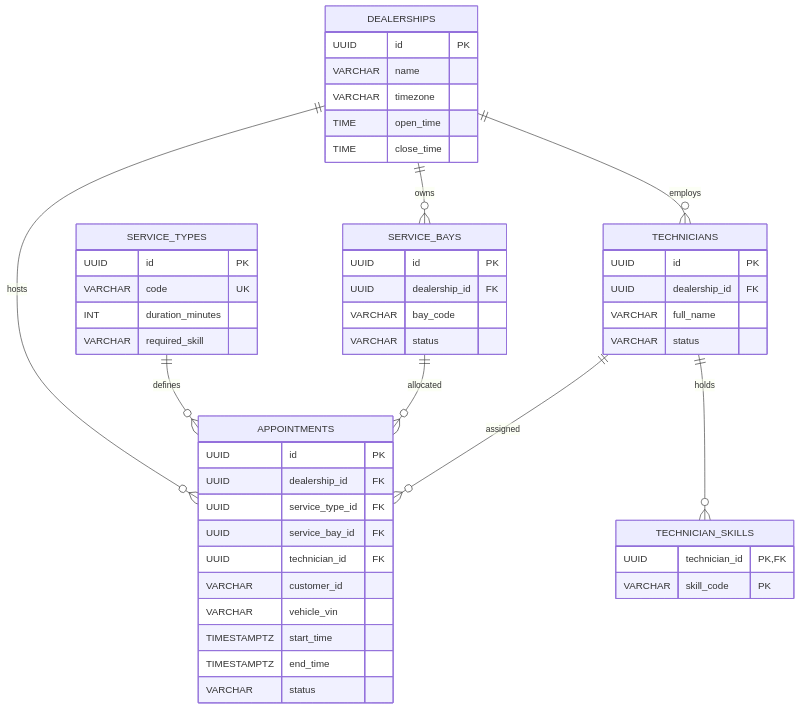
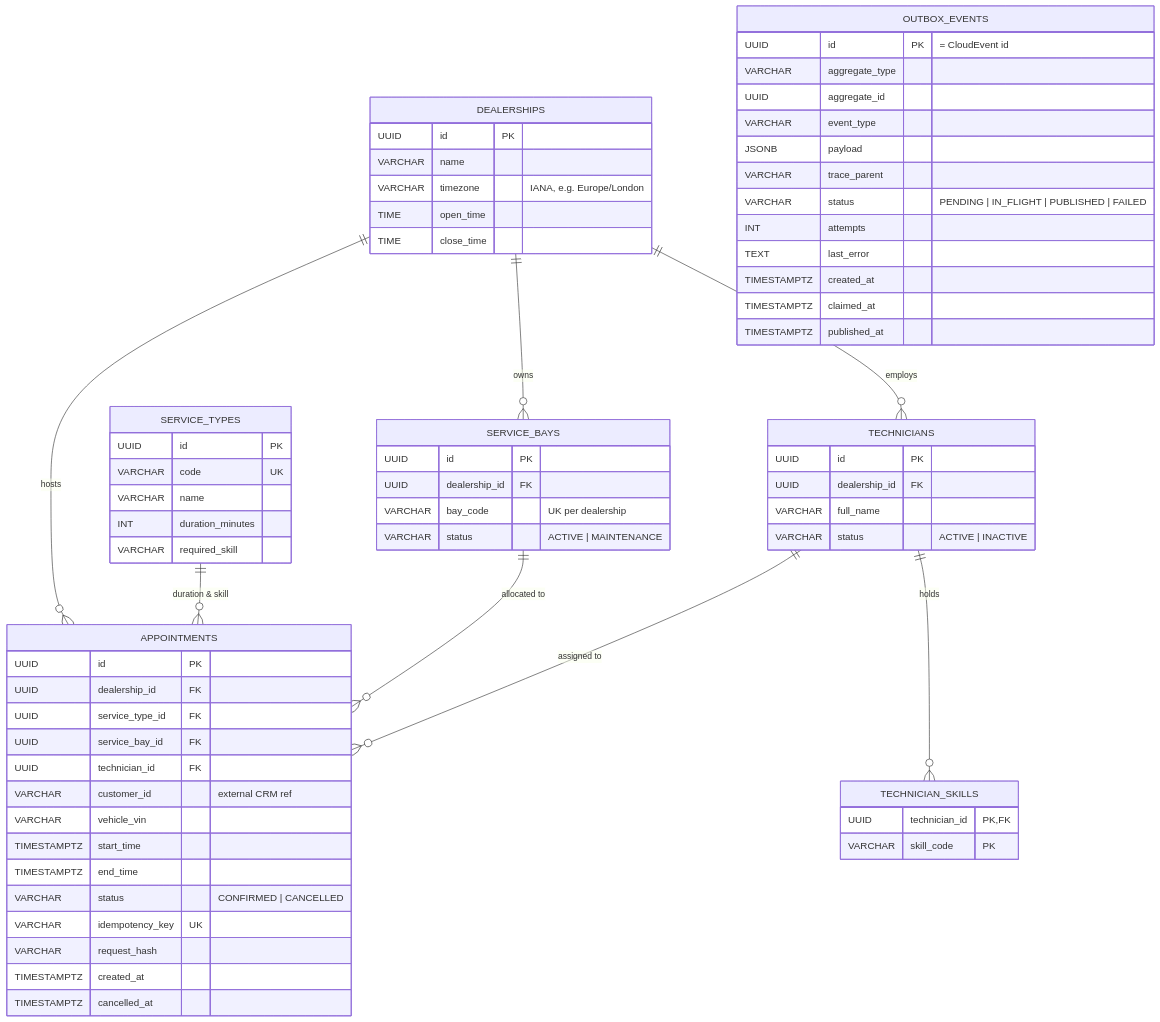
The second of 4 diagrams in docs/system-design.md (thanhtrung1207/keyloop-service-scheduler), drawn with Mermaid before and after one commit. The commit also changed other lines of this file and 6 other files, not shown here.

````diff
--- a/docs/system-design.md
+++ b/docs/system-design.md
@@ -37,52 +175,71 @@
 ```mermaid
 erDiagram
     DEALERSHIPS ||--o{ SERVICE_BAYS : owns
     DEALERSHIPS ||--o{ TECHNICIANS : employs
+    DEALERSHIPS ||--o{ APPOINTMENTS : hosts
+    SERVICE_TYPES ||--o{ APPOINTMENTS : "duration & skill"
+    SERVICE_BAYS ||--o{ APPOINTMENTS : "allocated to"
     TECHNICIANS ||--o{ TECHNICIAN_SKILLS : holds
-    DEALERSHIPS ||--o{ APPOINTMENTS : hosts
-    SERVICE_TYPES ||--o{ APPOINTMENTS : defines
-    SERVICE_BAYS ||--o{ APPOINTMENTS : allocated
-    TECHNICIANS ||--o{ APPOINTMENTS : assigned
+    TECHNICIANS ||--o{ APPOINTMENTS : "assigned to"
 
     DEALERSHIPS {
         UUID id PK
         VARCHAR name
-        VARCHAR timezone
+        VARCHAR timezone "IANA, e.g. Europe/London"
         TIME open_time
         TIME close_time
     }
     SERVICE_TYPES {
         UUID id PK
         VARCHAR code UK
+        VARCHAR name
         INT duration_minutes
         VARCHAR required_skill
     }
     SERVICE_BAYS {
         UUID id PK
         UUID dealership_id FK
-        VARCHAR bay_code
-        VARCHAR status
+        VARCHAR bay_code "UK per dealership"
+        VARCHAR status "ACTIVE | MAINTENANCE"
     }
     TECHNICIANS {
         UUID id PK
         UUID dealership_id FK
         VARCHAR full_name
-        VARCHAR status
+        VARCHAR status "ACTIVE | INACTIVE"
     }
     TECHNICIAN_SKILLS {
-        UUID technician_id PK,FK
+        UUID technician_id PK, FK
         VARCHAR skill_code PK
     }
     APPOINTMENTS {
         UUID id PK
         UUID dealership_id FK
         UUID service_type_id FK
         UUID service_bay_id FK
         UUID technician_id FK
-        VARCHAR customer_id
+        VARCHAR customer_id "external CRM ref"
         VARCHAR vehicle_vin
         TIMESTAMPTZ start_time
         TIMESTAMPTZ end_time
-        VARCHAR status
+        VARCHAR status "CONFIRMED | CANCELLED"
+        VARCHAR idempotency_key UK
+        VARCHAR request_hash
+        TIMESTAMPTZ created_at
+        TIMESTAMPTZ cancelled_at
+    }
+    OUTBOX_EVENTS {
+        UUID id PK "= CloudEvent id"
+        VARCHAR aggregate_type
+        UUID aggregate_id
+        VARCHAR event_type
+        JSONB payload
+        VARCHAR trace_parent
+        VARCHAR status "PENDING | IN_FLIGHT | PUBLISHED | FAILED"
+        INT attempts
+        TEXT last_error
+        TIMESTAMPTZ created_at
+        TIMESTAMPTZ claimed_at
+        TIMESTAMPTZ published_at
     }
 ```
````
